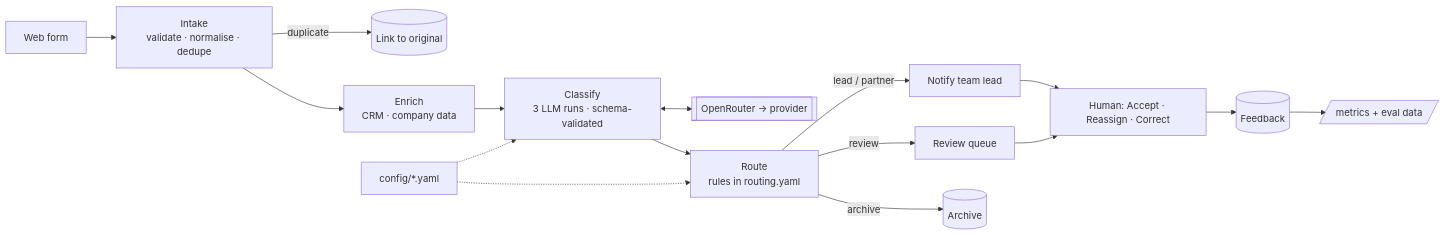
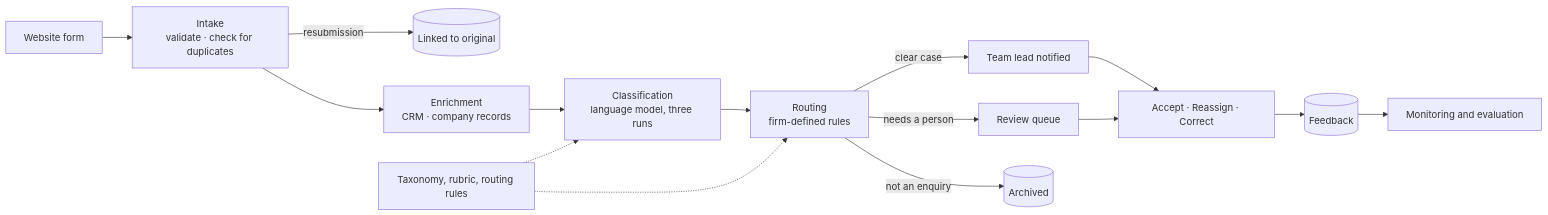
Before and after one commit to harshadindigal-dev/AIVCInterview: the diagram in ARCHITECTURE.md, drawn with Mermaid. The commit also changed other lines of this file and 2 other files, not shown here.

Commit message:
Polish ARCHITECTURE and WRITEUP for an external reader

````diff
--- a/ARCHITECTURE.md
+++ b/ARCHITECTURE.md
@@ -3,15 +9,14 @@
 ```mermaid
 flowchart LR
-    F[Web form] --> I[Intake<br/>validate · normalise · dedupe]
-    I -- duplicate --> DUP[(Link to original)]
-    I --> E[Enrich<br/>CRM · company data]
-    E --> C[Classify<br/>3 LLM runs · schema-validated]
-    C <--> OR[[OpenRouter → provider]]
-    C --> R[Route<br/>rules in routing.yaml]
-    R -- lead / partner --> N[Notify team lead]
-    R -- review --> Q[Review queue]
-    R -- archive --> A[(Archive)]
-    N & Q --> H[Human: Accept · Reassign · Correct]
-    H --> FB[(Feedback)] --> M[/metrics + eval data/]
-    Y[config/*.yaml] -.-> C & R
+    F[Website form] --> I[Intake<br/>validate · check for duplicates]
+    I -- resubmission --> DUP[(Linked to original)]
+    I --> E[Enrichment<br/>CRM · company records]
+    E --> C[Classification<br/>language model, three runs]
+    C --> R[Routing<br/>firm-defined rules]
+    R -- clear case --> N[Team lead notified]
+    R -- needs a person --> Q[Review queue]
+    R -- not an enquiry --> A[(Archived)]
+    N & Q --> H[Accept · Reassign · Correct]
+    H --> FB[(Feedback)] --> M[Monitoring and evaluation]
+    Y[Taxonomy, rubric, routing rules] -.-> C & R
 ```
````
